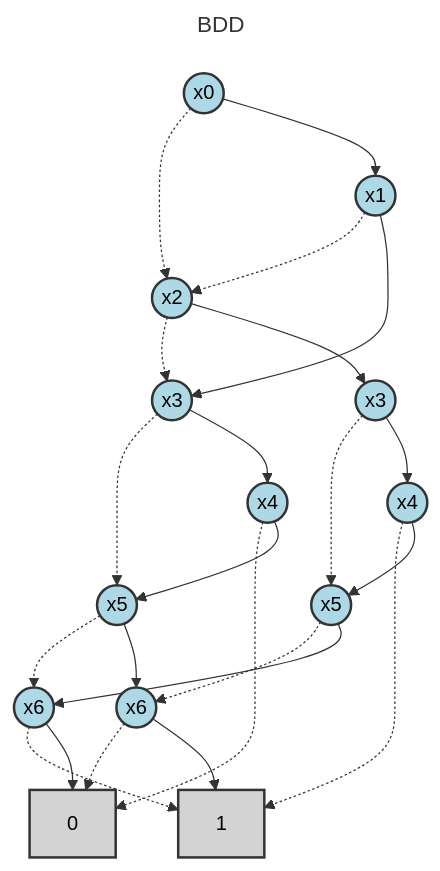
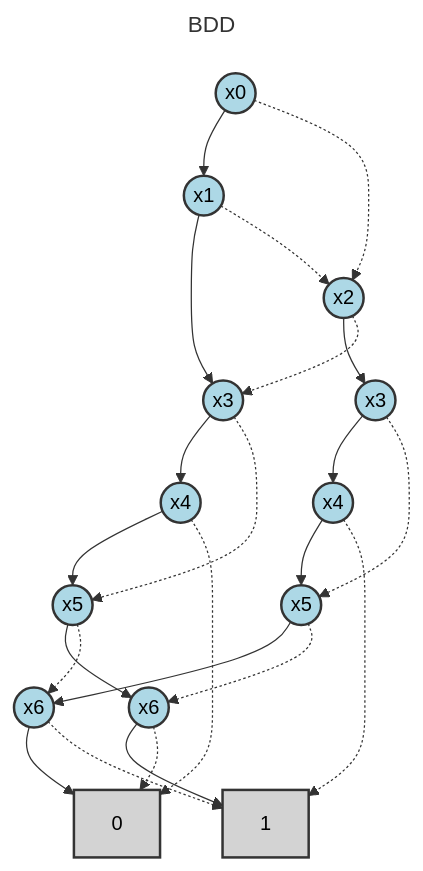
The second of 2 diagrams in test_expressions/reference_output/filter_expression_analysis.md (Alan-Jowett/bdd_test), drawn with Mermaid before and after one commit. The commit also changed other lines of this file and 150 other files, not shown here.

First line of the commit message:
More dag graph cleanup (#65)

````diff
--- a/test_expressions/reference_output/filter_expression_analysis.md
+++ b/test_expressions/reference_output/filter_expression_analysis.md
@@ -76,59 +76,59 @@
 ```mermaid
 ---
 title: BDD
 ---
 flowchart TD
     N0["1"]
+    N10(("x2"))
+    N11(("x1"))
+    N12(("x0"))
     N1["0"]
     N2(("x6"))
     N3(("x6"))
     N4(("x5"))
     N5(("x4"))
     N6(("x3"))
     N7(("x5"))
     N8(("x4"))
     N9(("x3"))
-    N10(("x2"))
-    N11(("x1"))
-    N12(("x0"))
 
+    N10 --> N9
+    N10 -.-> N6
+    N11 --> N6
+    N11 -.-> N10
+    N12 --> N11
+    N12 -.-> N10
+    N2 --> N1
     N2 -.-> N0
-    N2 --> N1
+    N3 --> N0
     N3 -.-> N1
-    N3 --> N0
+    N4 --> N3
     N4 -.-> N2
-    N4 --> N3
+    N5 --> N4
     N5 -.-> N1
-    N5 --> N4
+    N6 --> N5
     N6 -.-> N4
-    N6 --> N5
+    N7 --> N2
     N7 -.-> N3
-    N7 --> N2
+    N8 --> N7
     N8 -.-> N0
-    N8 --> N7
+    N9 --> N8
     N9 -.-> N7
-    N9 --> N8
-    N10 -.-> N6
-    N10 --> N9
-    N11 -.-> N10
-    N11 --> N6
-    N12 -.-> N10
-    N12 --> N11
 
     class N0 terminal
     class N1 terminal
     class N2 bddVariable
     class N3 bddVariable
     class N4 bddVariable
     class N5 bddVariable
     class N6 bddVariable
     class N7 bddVariable
     class N8 bddVariable
     class N9 bddVariable
     class N10 bddVariable
     class N11 bddVariable
     class N12 bddVariable
 
     classDef bddVariable fill:lightblue,stroke:#333,stroke-width:2px,color:#000
     classDef terminal fill:lightgray,stroke:#333,stroke-width:2px,color:#000
 ```
````
